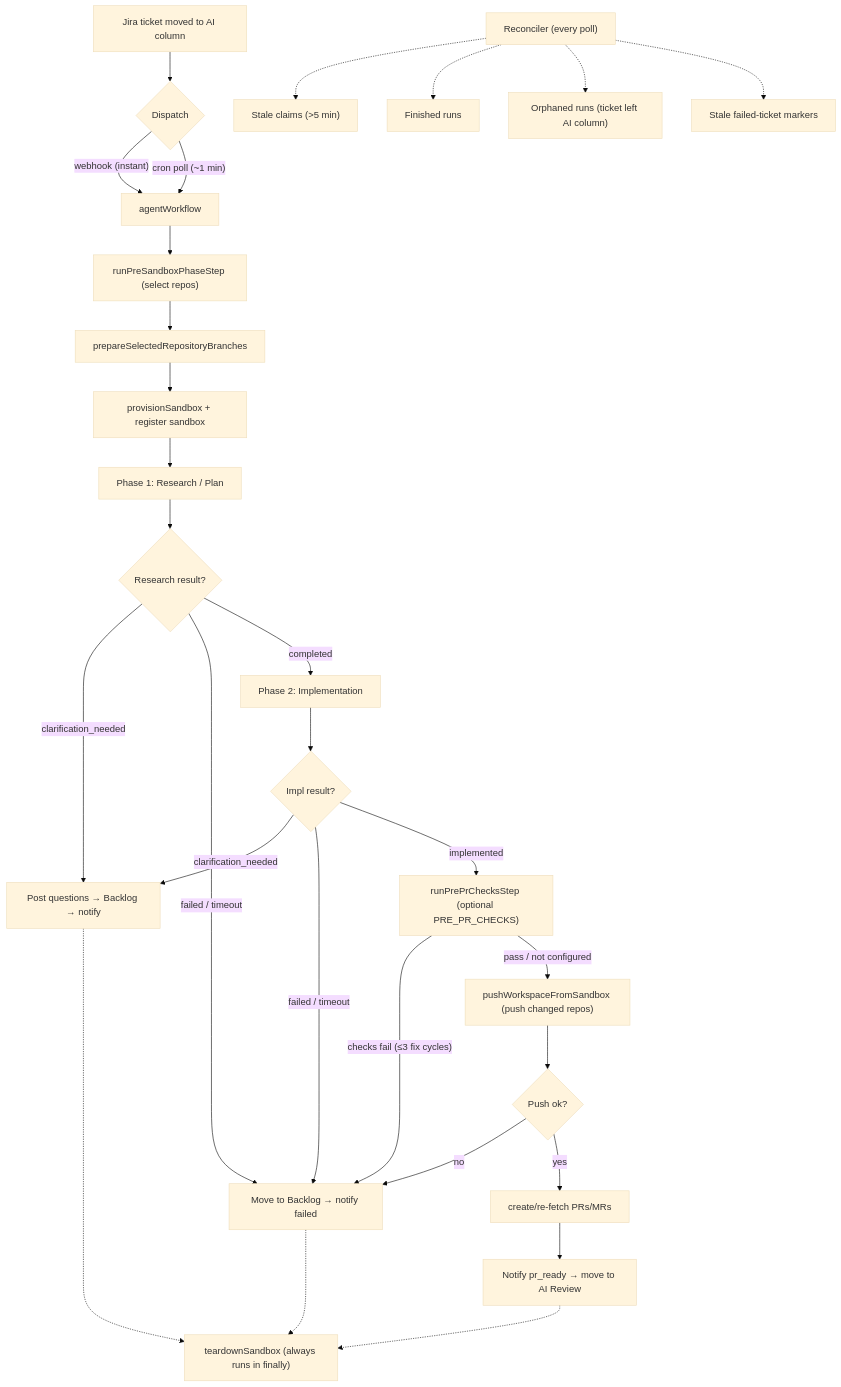
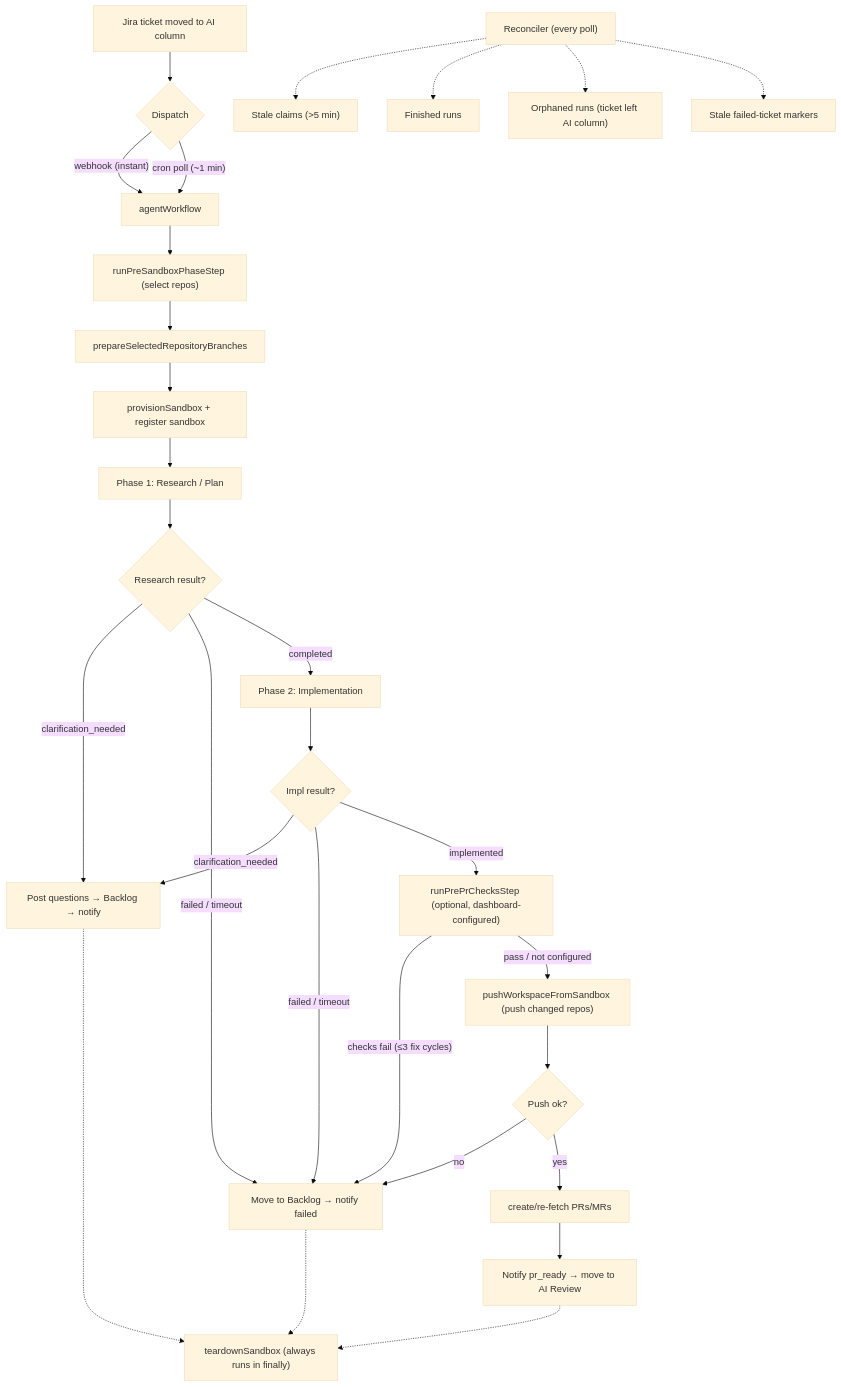
Before and after one commit to Blazity/ai-workflow: the diagram in README.md, drawn with Mermaid (base theme). The commit also changed other lines of this file and 2 other files, not shown here.

Commit message:
Document dashboard-managed pre-PR checks

````diff
--- a/README.md
+++ b/README.md
@@ -72,38 +72,38 @@
 ```mermaid
 flowchart TD
     A["Jira ticket moved to AI column"] --> B{"Dispatch"}
     B -- "webhook (instant)" --> D["agentWorkflow"]
     B -- "cron poll (~1 min)" --> D
 
     D --> E["runPreSandboxPhaseStep (select repos)"]
     E --> F["prepareSelectedRepositoryBranches"]
     F --> G["provisionSandbox + register sandbox"]
 
     G --> P1["Phase 1: Research / Plan"]
     P1 --> P1R{Research result?}
     P1R -- "clarification_needed" --> CL["Post questions → Backlog → notify"]
     P1R -- "failed / timeout" --> FB["Move to Backlog → notify failed"]
     P1R -- "completed" --> P2["Phase 2: Implementation"]
 
     P2 --> P2R{Impl result?}
     P2R -- "clarification_needed" --> CL
     P2R -- "failed / timeout" --> FB
-    P2R -- "implemented" --> GATE["runPrePrChecksStep (optional PRE_PR_CHECKS)"]
+    P2R -- "implemented" --> GATE["runPrePrChecksStep (optional, dashboard-configured)"]
     GATE -- "checks fail (≤3 fix cycles)" --> FB
     GATE -- "pass / not configured" --> PUSH["pushWorkspaceFromSandbox (push changed repos)"]
 
     PUSH --> PUSHR{Push ok?}
     PUSHR -- "no" --> FB
     PUSHR -- "yes" --> PR["create/re-fetch PRs/MRs"]
     PR --> MV["Notify pr_ready → move to AI Review"]
 
     TD["teardownSandbox (always runs in finally)"]
     MV -.-> TD
     CL -.-> TD
     FB -.-> TD
 
     R["Reconciler (every poll)"] -.-> R1["Stale claims (>5 min)"]
     R -.-> R2["Finished runs"]
     R -.-> R3["Orphaned runs (ticket left AI column)"]
     R -.-> R4["Stale failed-ticket markers"]
 ```
````
